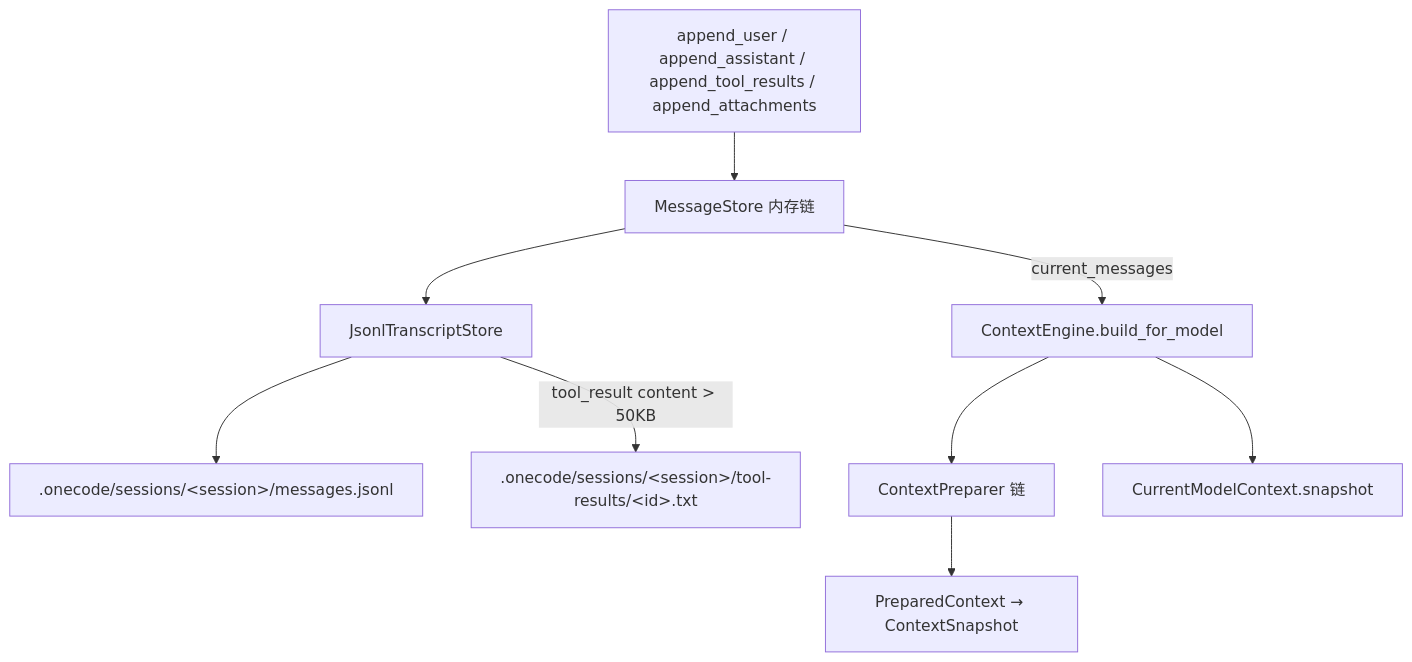
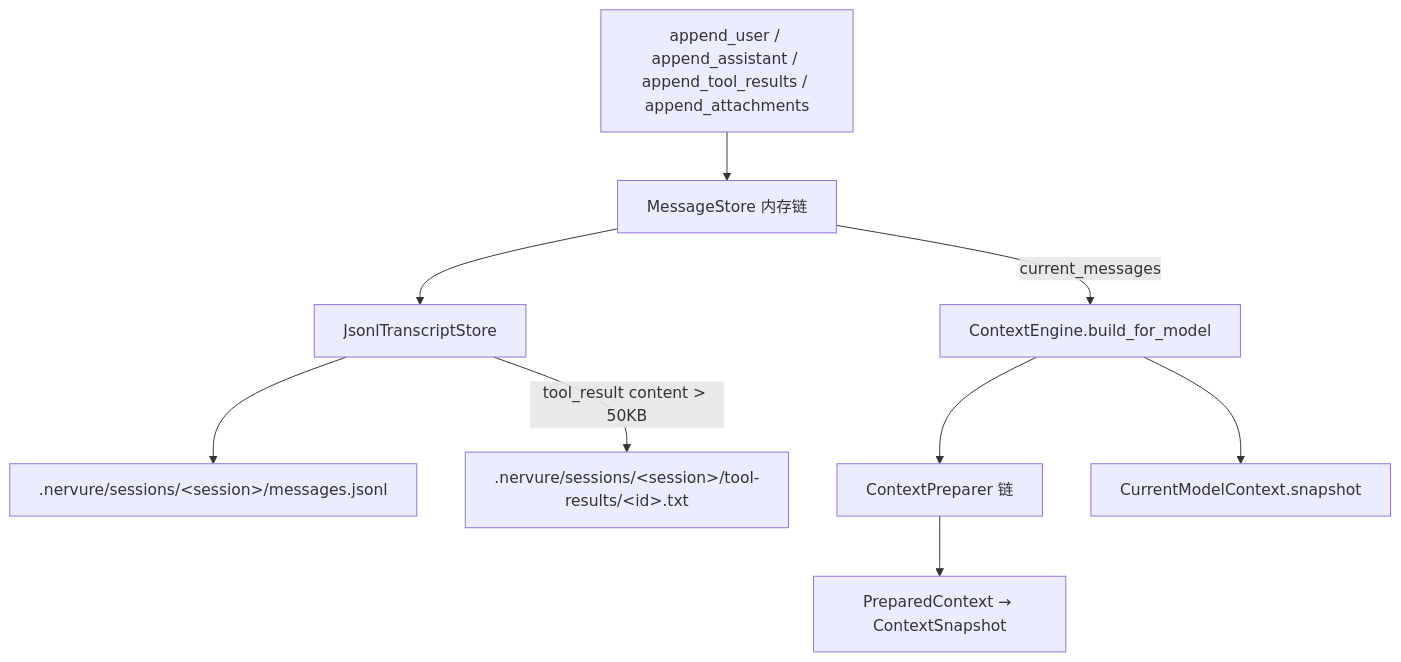
One commit to user0452/Nervure changed the diagram in docs/design-docs/context-architecture.md. Above: the diagram before and after it, drawn with Mermaid. The commit also changed other lines of this file and 819 other files, not shown here.

````diff
--- a/docs/design-docs/context-architecture.md
+++ b/docs/design-docs/context-architecture.md
@@ -53,12 +53,12 @@
 ```mermaid
 flowchart TD
   User["append_user / append_assistant / append_tool_results / append_attachments"] --> Mem["MessageStore 内存链"]
   Mem --> Tr["JsonlTranscriptStore"]
-  Tr --> Jsonl[".onecode/sessions/&lt;session&gt;/messages.jsonl"]
-  Tr -->|tool_result content > 50KB| Ext[".onecode/sessions/&lt;session&gt;/tool-results/&lt;id&gt;.txt"]
+  Tr --> Jsonl[".nervure/sessions/&lt;session&gt;/messages.jsonl"]
+  Tr -->|tool_result content > 50KB| Ext[".nervure/sessions/&lt;session&gt;/tool-results/&lt;id&gt;.txt"]
 
   Mem -->|current_messages| Engine["ContextEngine.build_for_model"]
   Engine --> Prep["ContextPreparer 链"]
   Prep --> Snap["PreparedContext → ContextSnapshot"]
   Engine --> Holder["CurrentModelContext.snapshot"]
 ```
````
